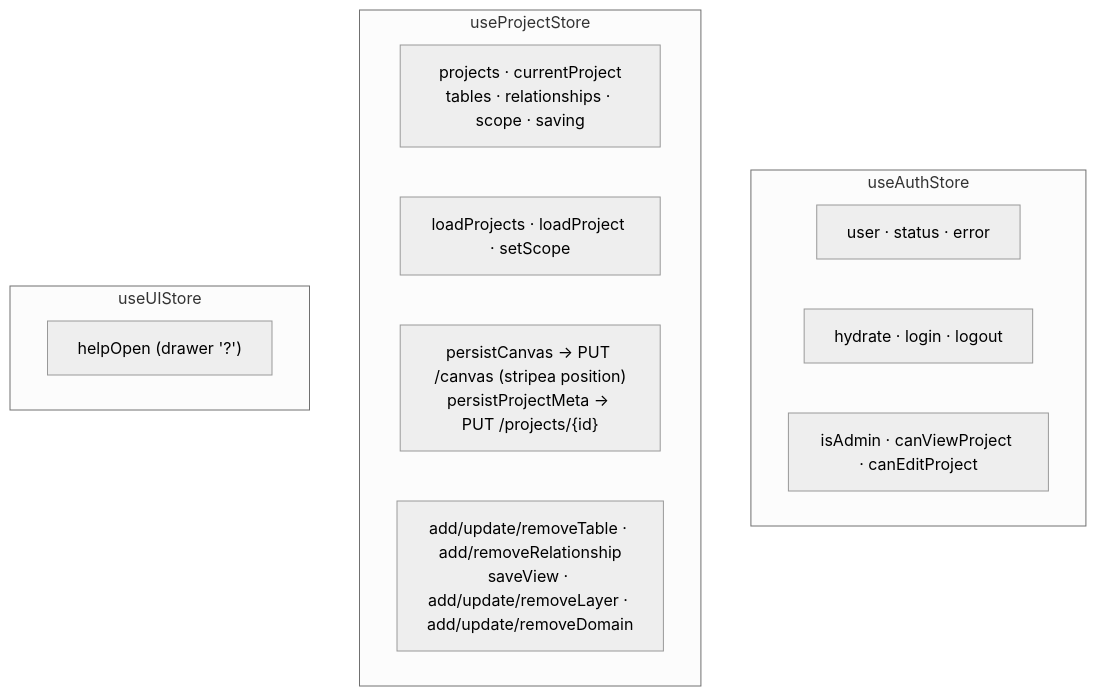
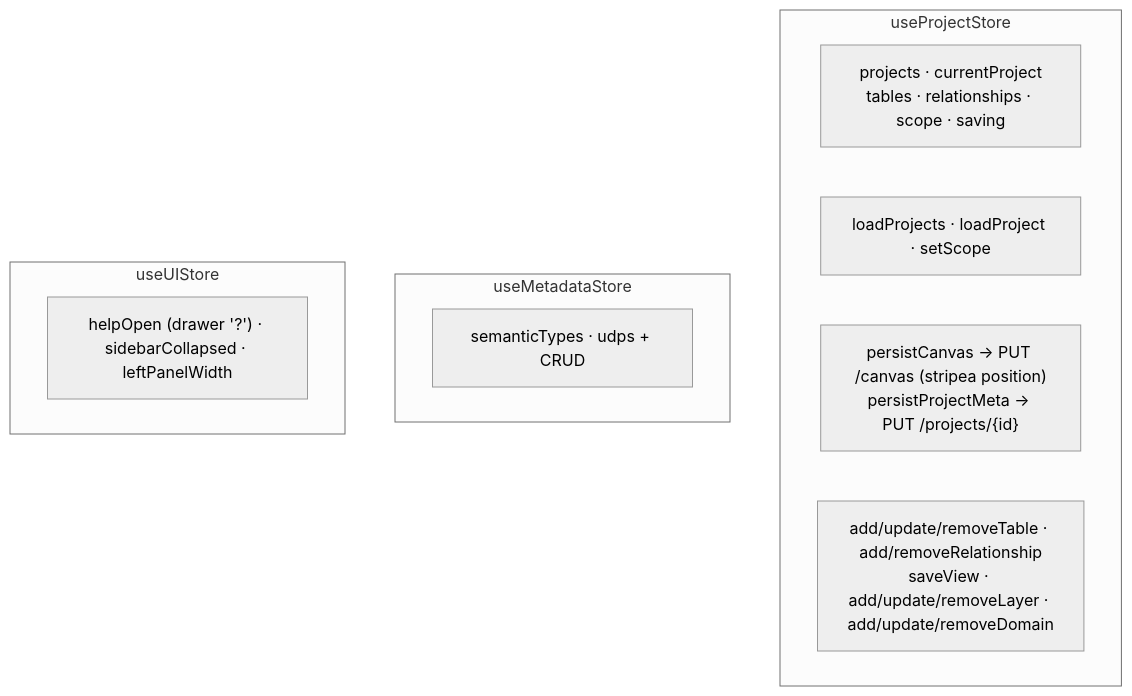
The second of 2 diagrams in doc/architecture.md (Carlosmps97/web-data-model-hub), drawn with Mermaid (neutral theme) before and after one commit. The commit also changed other lines of this file and 181 other files, not shown here.

````diff
--- a/doc/architecture.md
+++ b/doc/architecture.md
@@ -150,17 +123,15 @@
 ```mermaid
 graph TB
-    subgraph AUTH["useAuthStore"]
-        A1["user · status · error"]
-        A2["hydrate · login · logout"]
-        A3["isAdmin · canViewProject · canEditProject"]
-    end
     subgraph PROJ["useProjectStore"]
         P1["projects · currentProject<br/>tables · relationships · scope · saving"]
         P2["loadProjects · loadProject · setScope"]
         P3["persistCanvas → PUT /canvas (stripea position)<br/>persistProjectMeta → PUT /projects/{id}"]
         P4["add/update/removeTable · add/removeRelationship<br/>saveView · add/update/removeLayer · add/update/removeDomain"]
     end
+    subgraph MTD["useMetadataStore"]
+        M1["semanticTypes · udps + CRUD"]
+    end
     subgraph UI["useUIStore"]
-        U1["helpOpen (drawer '?')"]
+        U1["helpOpen (drawer '?') · sidebarCollapsed · leftPanelWidth"]
     end
 ```
````
